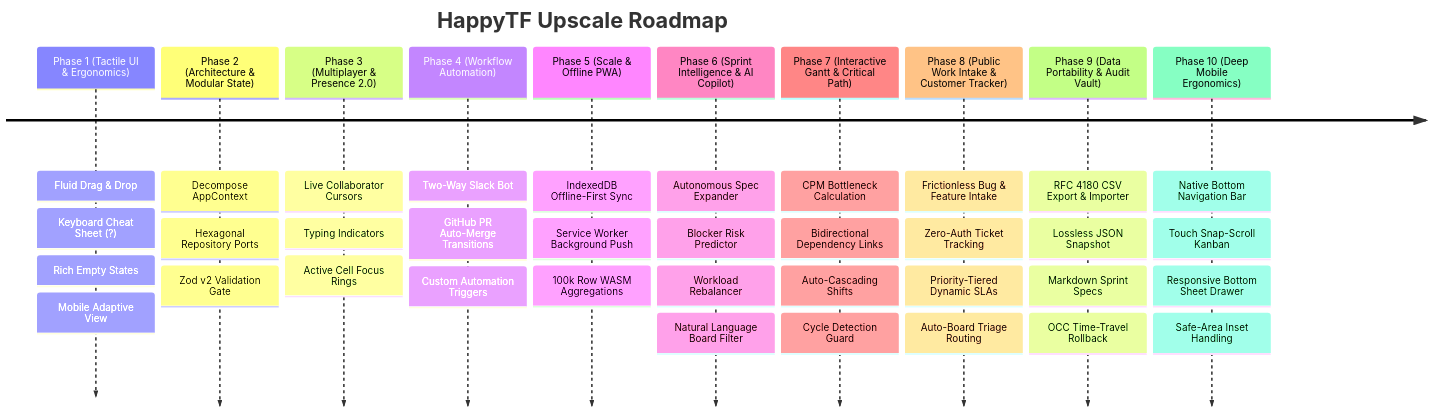
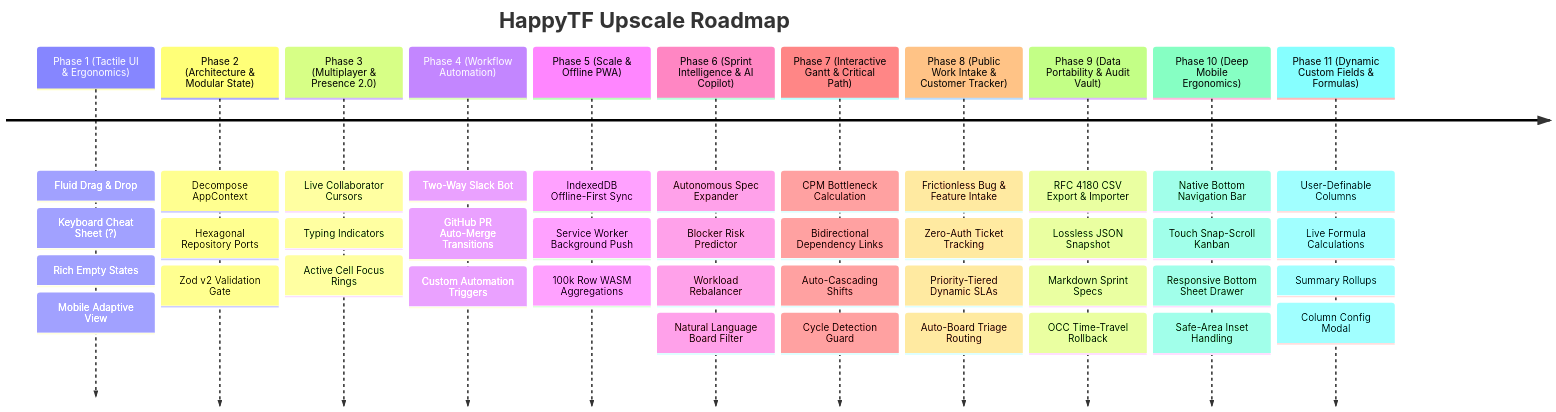
The diagram in UPSCALE.md (Realwaan/HappyTF), drawn with Mermaid before and after one commit. The commit also changed other lines of this file and 13 other files, not shown here.

Commit message:
feat(columns): implement Phase 11 dynamic custom fields and formula columns

````diff
--- a/UPSCALE.md
+++ b/UPSCALE.md
@@ -14,14 +14,15 @@
 ```mermaid
 timeline
     title HappyTF Upscale Roadmap
     Phase 1 (Tactile UI & Ergonomics) : Fluid Drag & Drop : Keyboard Cheat Sheet (?) : Rich Empty States : Mobile Adaptive View
     Phase 2 (Architecture & Modular State) : Decompose AppContext : Hexagonal Repository Ports : Zod v2 Validation Gate
     Phase 3 (Multiplayer & Presence 2.0) : Live Collaborator Cursors : Typing Indicators : Active Cell Focus Rings
     Phase 4 (Workflow Automation) : Two-Way Slack Bot : GitHub PR Auto-Merge Transitions : Custom Automation Triggers
     Phase 5 (Scale & Offline PWA) : IndexedDB Offline-First Sync : Service Worker Background Push : 100k Row WASM Aggregations
     Phase 6 (Sprint Intelligence & AI Copilot) : Autonomous Spec Expander : Blocker Risk Predictor : Workload Rebalancer : Natural Language Board Filter
     Phase 7 (Interactive Gantt & Critical Path) : CPM Bottleneck Calculation : Bidirectional Dependency Links : Auto-Cascading Shifts : Cycle Detection Guard
     Phase 8 (Public Work Intake & Customer Tracker) : Frictionless Bug & Feature Intake : Zero-Auth Ticket Tracking : Priority-Tiered Dynamic SLAs : Auto-Board Triage Routing
     Phase 9 (Data Portability & Audit Vault) : RFC 4180 CSV Export & Importer : Lossless JSON Snapshot : Markdown Sprint Specs : OCC Time-Travel Rollback
     Phase 10 (Deep Mobile Ergonomics) : Native Bottom Navigation Bar : Touch Snap-Scroll Kanban : Responsive Bottom Sheet Drawer : Safe-Area Inset Handling
+    Phase 11 (Dynamic Custom Fields & Formulas) : User-Definable Columns : Live Formula Calculations : Summary Rollups : Column Config Modal
 ```
````
